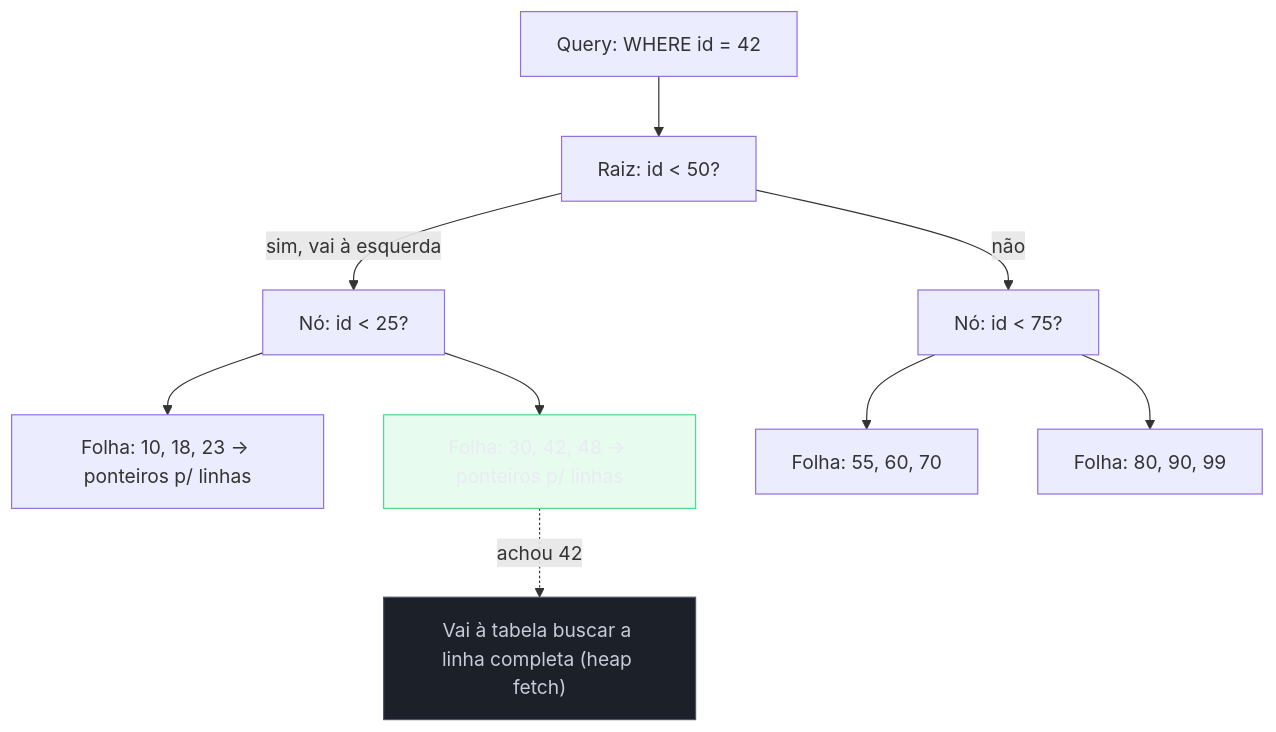
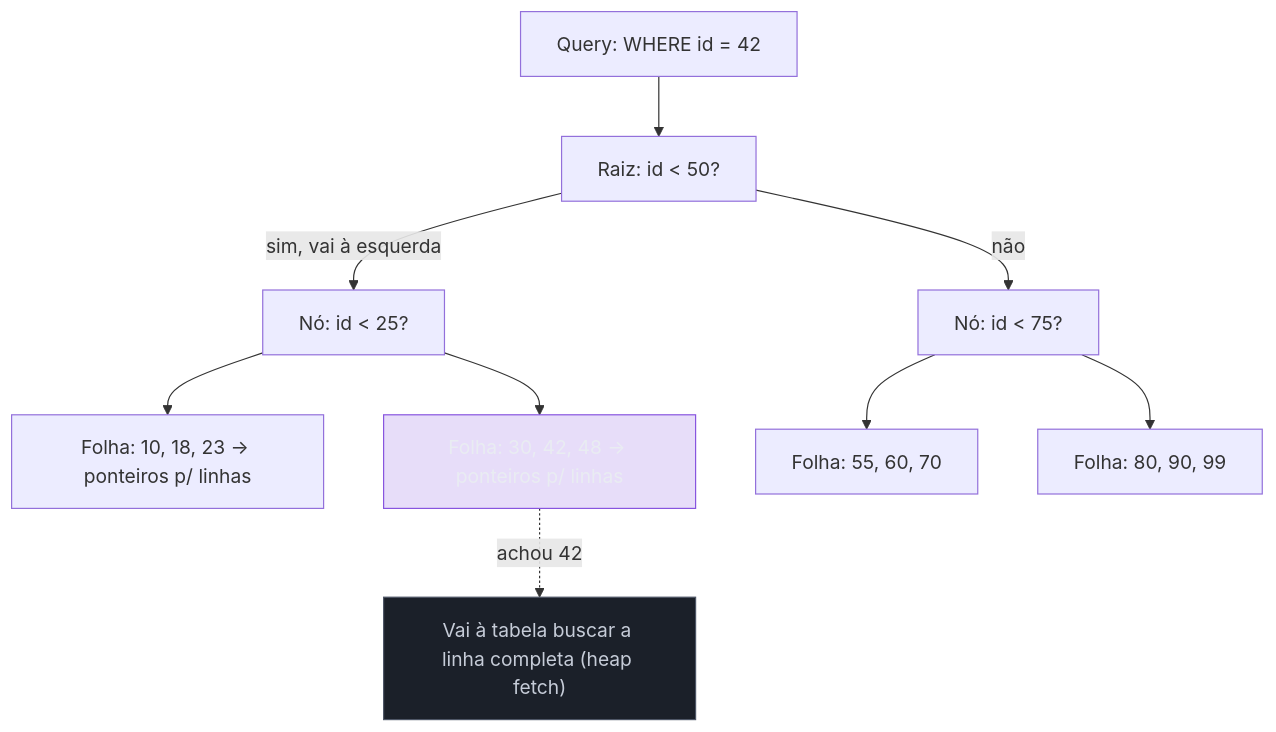
Before and after one commit to josenaldo/codex-technomanticus: the first of 4 diagrams in 03-Dominios/Ciência/Banco de Dados/07 - Índices.md, drawn with Mermaid. The commit also changed other lines of this file and 601 other files, not shown here.

````diff
--- a/03-Dominios/Ciência/Banco de Dados/07 - Índices.md
+++ b/03-Dominios/Ciência/Banco de Dados/07 - Índices.md
@@ -40,15 +40,15 @@
 ```mermaid
 flowchart TD
-    classDef ok fill:#4ADE8021,stroke:#4ADE80,color:#E9ECF2
+    classDef marca fill:#8855DF33,stroke:#8855DF,color:#E9ECF2
     classDef neutro fill:#1B2029,stroke:#4E5666,color:#C6CCD8
     Q["Query: WHERE id = 42"] --> R["Raiz: id &lt; 50?"]
     R -->|"sim, vai à esquerda"| N1["Nó: id &lt; 25?"]
     R -->|não| N2["Nó: id &lt; 75?"]
     N1 --> F1["Folha: 10, 18, 23 &rarr; ponteiros p/ linhas"]
     N1 --> F2["Folha: 30, 42, 48 &rarr; ponteiros p/ linhas"]
     N2 --> F3["Folha: 55, 60, 70"]
     N2 --> F4["Folha: 80, 90, 99"]
     F2 -.->|"achou 42"| T["Vai à tabela buscar a linha completa (heap fetch)"]
-    class F2 ok
+    class F2 marca
     class T neutro
 ```
````
